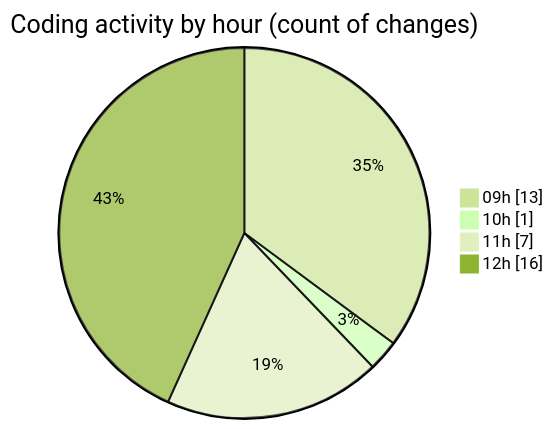
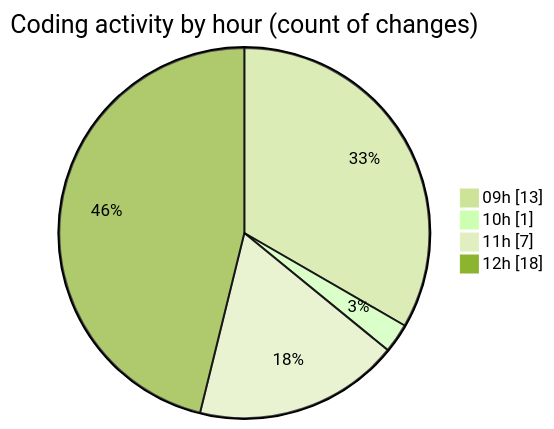
The second of 2 diagrams in 2025-05-12/cda/README.md (momahboobian/code-tracking), drawn with Mermaid (forest theme) before and after one commit. The commit also changed other lines of this file and 1 other file, not shown here.

````diff
--- a/2025-05-12/cda/README.md
+++ b/2025-05-12/cda/README.md
@@ -41,8 +41,8 @@
 ```mermaid
 pie showData
 title Coding activity by hour (count of changes)
 "09h" : 13
 "10h" : 1
 "11h" : 7
-"12h" : 16
+"12h" : 18
 ```
````
